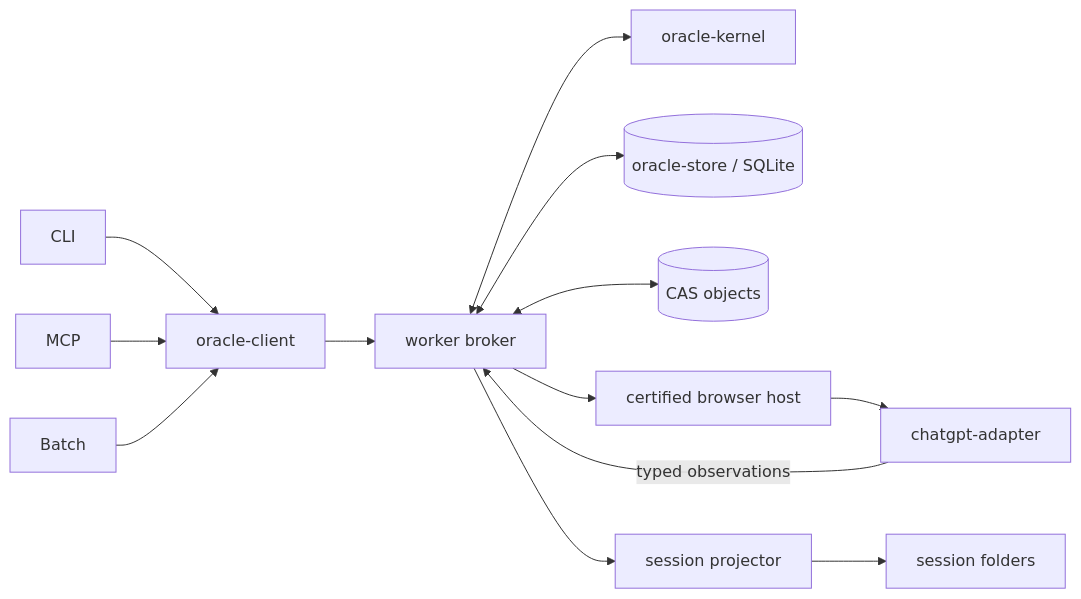
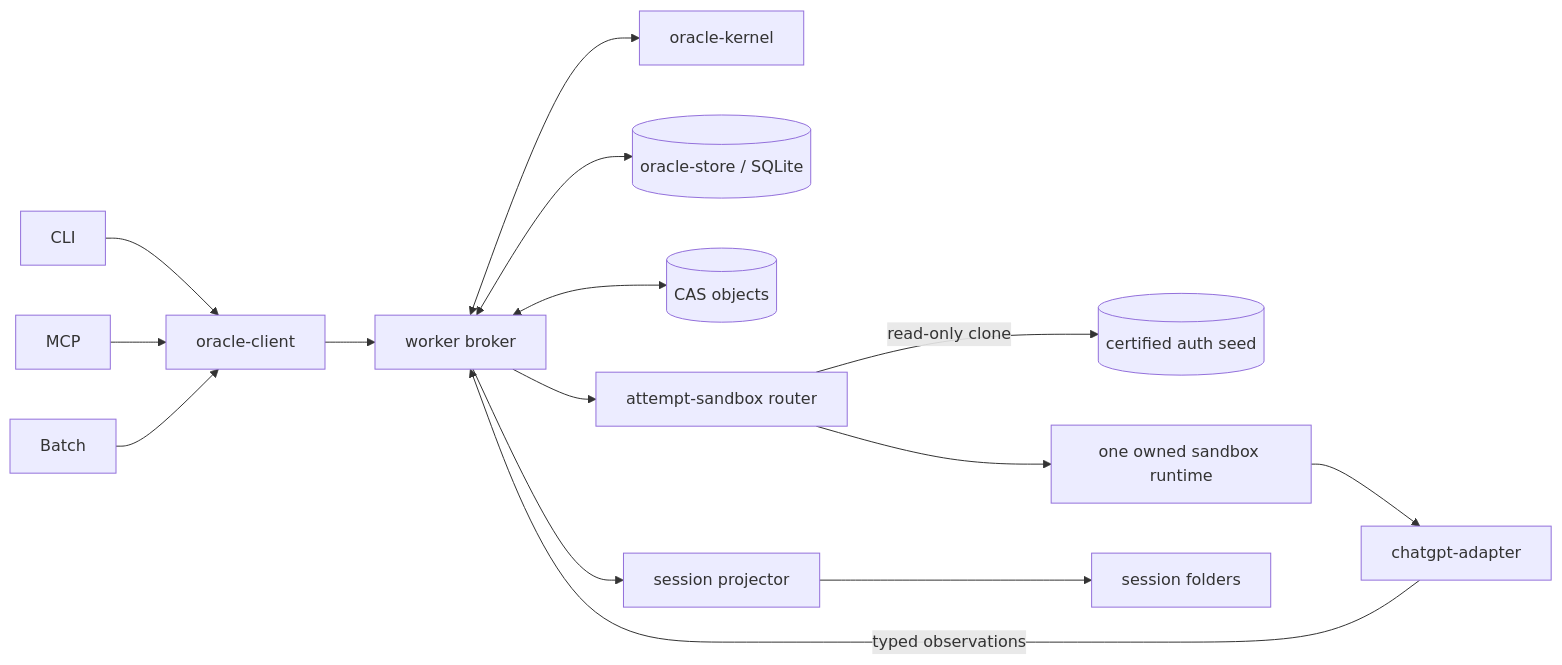
The diagram in docs/oracle-v2-master-plan.md (BaochaiXue/oracle), drawn with Mermaid before and after one commit. The commit also changed other lines of this file and 3 other files, not shown here.

````diff
--- a/docs/oracle-v2-master-plan.md
+++ b/docs/oracle-v2-master-plan.md
@@ -59,15 +63,17 @@
 ```mermaid
 flowchart LR
   CLI[CLI] --> CLIENT[oracle-client]
   MCP[MCP] --> CLIENT
   BATCH[Batch] --> CLIENT
   CLIENT --> BROKER[worker broker]
   BROKER <--> KERNEL[oracle-kernel]
   BROKER <--> STORE[(oracle-store / SQLite)]
   BROKER <--> CAS[(CAS objects)]
-  BROKER --> HOST[certified browser host]
+  BROKER --> ROUTER[attempt-sandbox router]
+  ROUTER -->|read-only clone| SEED[(certified auth seed)]
+  ROUTER --> HOST[one owned sandbox runtime]
   HOST --> ADAPTER[chatgpt-adapter]
   ADAPTER -->|typed observations| BROKER
   BROKER --> PROJECTOR[session projector]
   PROJECTOR --> SESSIONS[session folders]
 ```
````
